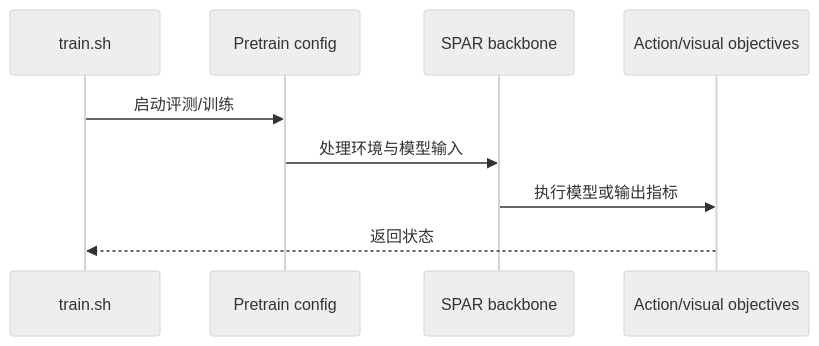
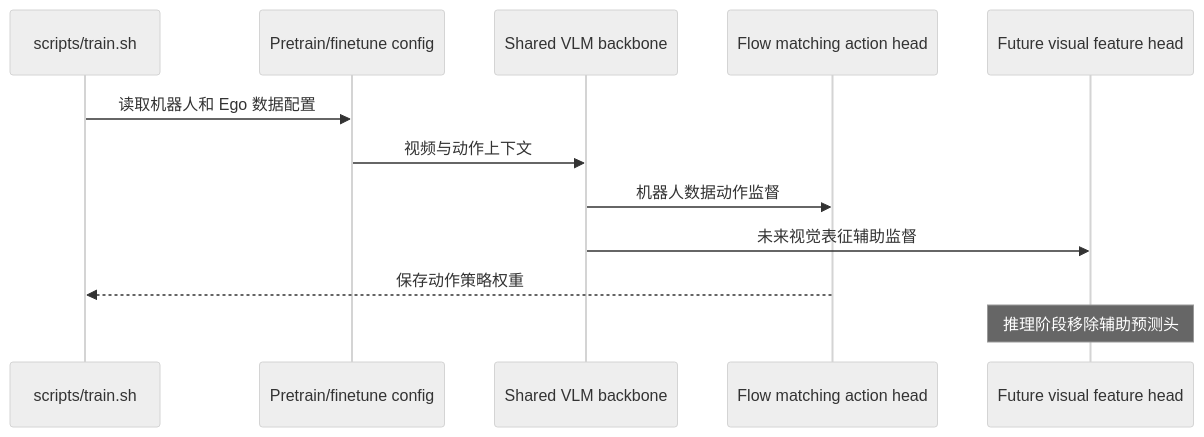
One commit to ImChong/Robotics_Notebooks changed the second of 2 diagrams in wiki/entities/paper-ego-guidance.md. Above: the diagram before and after it, drawn with Mermaid (neutral theme). The commit also changed other lines of this file and 5 other files, not shown here.

`````diff
--- a/wiki/entities/paper-ego-guidance.md
+++ b/wiki/entities/paper-ego-guidance.md
@@ -83,11 +83,14 @@
 ```mermaid
 sequenceDiagram
-  participant A0 as train.sh
-  participant A1 as Pretrain config
-  participant A2 as SPAR backbone
-  participant A3 as Action/visual objectives
-  A0->>A1: 启动评测/训练
-  A1->>A2: 处理环境与模型输入
-  A2->>A3: 执行模型或输出指标
-  A3-->>A0: 返回状态
-````
+  participant Run as scripts/train.sh
+  participant Config as Pretrain/finetune config
+  participant VLM as Shared VLM backbone
+  participant Action as Flow matching action head
+  participant Future as Future visual feature head
+  Run->>Config: 读取机器人和 Ego 数据配置
+  Config->>VLM: 视频与动作上下文
+  VLM->>Action: 机器人数据动作监督
+  VLM->>Future: 未来视觉表征辅助监督
+  Action-->>Run: 保存动作策略权重
+  Note over Future: 推理阶段移除辅助预测头
+```
`````
